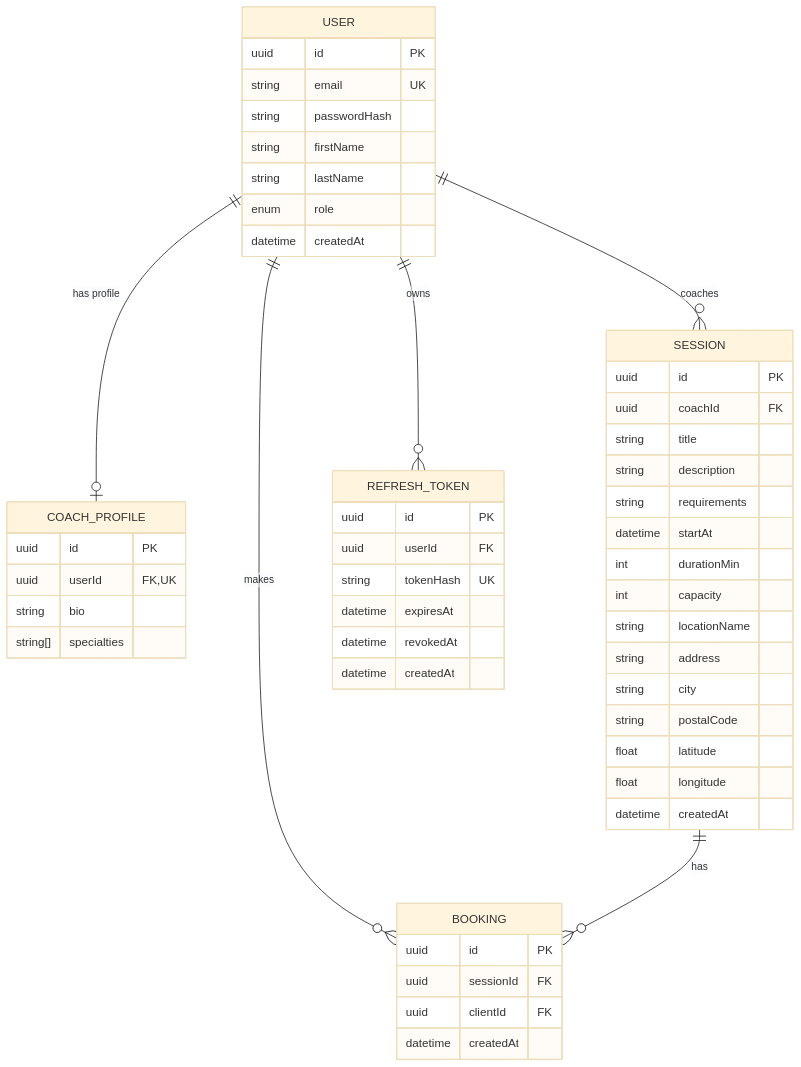
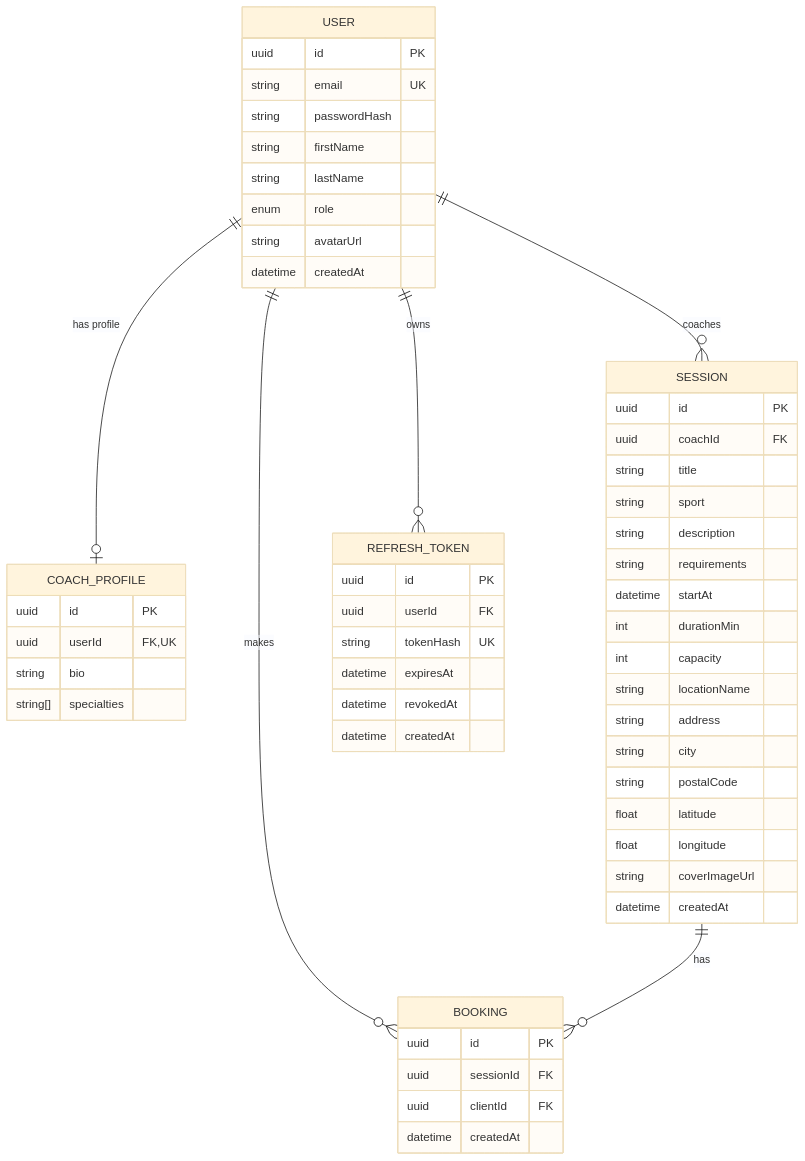
Before and after one commit to BenCDA/SportifyForEach: the diagram in docs/05-mcd-mld.md, drawn with Mermaid (base theme). The commit also changed other lines of this file and 30 other files, not shown here.

````diff
--- a/docs/05-mcd-mld.md
+++ b/docs/05-mcd-mld.md
@@ -5,59 +5,62 @@
 ```mermaid
 erDiagram
     USER {
         uuid id PK
         string email UK
         string passwordHash
         string firstName
         string lastName
         enum role
+        string avatarUrl
         datetime createdAt
     }
 
     COACH_PROFILE {
         uuid id PK
         uuid userId FK,UK
         string bio
         string[] specialties
     }
 
     SESSION {
         uuid id PK
         uuid coachId FK
         string title
+        string sport
         string description
         string requirements
         datetime startAt
         int durationMin
         int capacity
         string locationName
         string address
         string city
         string postalCode
         float latitude
         float longitude
+        string coverImageUrl
         datetime createdAt
     }
 
     BOOKING {
         uuid id PK
         uuid sessionId FK
         uuid clientId FK
         datetime createdAt
     }
 
     REFRESH_TOKEN {
         uuid id PK
         uuid userId FK
         string tokenHash UK
         datetime expiresAt
         datetime revokedAt
         datetime createdAt
     }
 
     USER ||--o| COACH_PROFILE : "has profile"
     USER ||--o{ SESSION : "coaches"
     USER ||--o{ BOOKING : "makes"
     USER ||--o{ REFRESH_TOKEN : "owns"
     SESSION ||--o{ BOOKING : "has"
 ```
````
